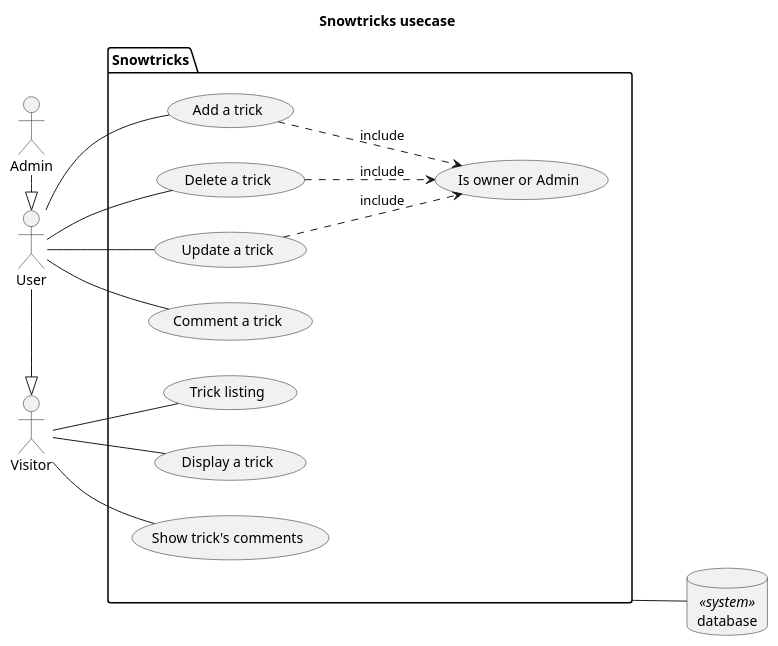
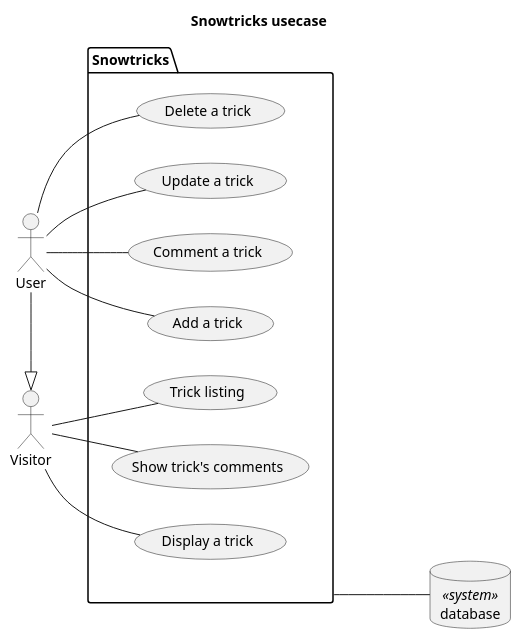
One commit to acecconato/AnthonyCecconato_6_01102022 changed the diagram in docs/puml/usecase/snowtricks.puml. Above: the diagram before and after it, drawn with PlantUML. The commit also changed 15 other files, not shown here.

Commit message:
Update diagrams

```diff
--- a/docs/puml/usecase/snowtricks.puml
+++ b/docs/puml/usecase/snowtricks.puml
@@ -1,41 +1,35 @@
 @startuml
 
 left to right direction
 
 title "Snowtricks usecase"
 
-actor Admin
 actor User
 actor Visitor
 
 Database database <<system>>
 
 package Snowtricks {
     usecase "Trick listing"
     usecase "Add a trick"
     usecase "Delete a trick"
     usecase "Update a trick"
     usecase "Display a trick"
     usecase "Comment a trick"
     usecase "Show trick's comments"
-
-    "Delete a trick" ..> (Is owner or Admin): include
-    "Update a trick" ..> (Is owner or Admin): include
-    "Add a trick" ..> (Is owner or Admin): include
 }
 
 User -- "Comment a trick"
 User -- "Update a trick"
 User -- "Delete a trick"
 User -- "Add a trick"
 
 Visitor -- "Trick listing"
 Visitor -- "Display a trick"
 Visitor -- "Show trick's comments"
 
 Snowtricks --- database
 
-Admin -|> User
 User -|> Visitor
 
 @enduml
```
